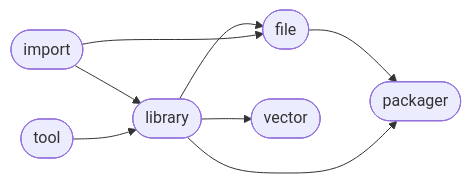
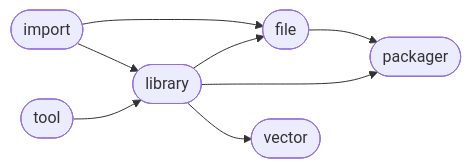
Before and after one commit to Mandera/Mandera: the diagram in README.md, drawn with Mermaid. The commit also changed other lines of this file, not shown here.

````diff
--- a/README.md
+++ b/README.md
@@ -6,16 +6,16 @@
 ```mermaid
 flowchart LR
+2([library]) --> 3([file])
+3([file]) --> 5([packager])
+1([tool]) --> 2([library])
+2([library]) --> 5([packager])
+0([import]) --> 3([file])
 2([library]) --> 4([vector])
 0([import]) --> 2([library])
-3([file]) --> 5([packager])
-2([library]) --> 5([packager])
-1([tool]) --> 2([library])
-2([library]) --> 3([file])
-0([import]) --> 3([file])
 click 0 "https://github.com/ManderaGeneral/generalimport"
 click 1 "https://github.com/ManderaGeneral/generaltool"
 click 2 "https://github.com/ManderaGeneral/generallibrary"
 click 3 "https://github.com/ManderaGeneral/generalfile"
 click 4 "https://github.com/ManderaGeneral/generalvector"
 click 5 "https://github.com/ManderaGeneral/generalpackager"
 ```
````
